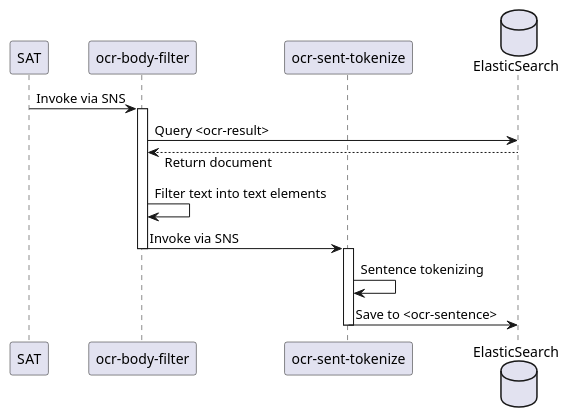
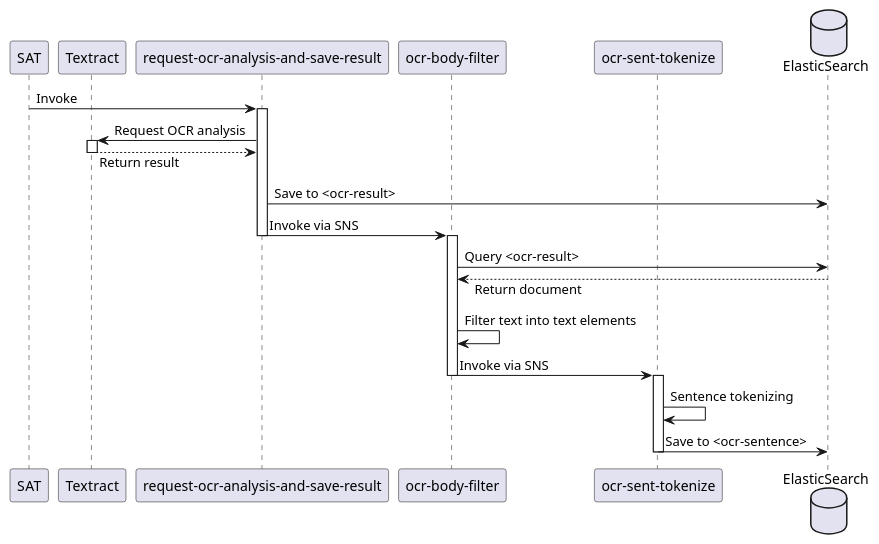
Before and after one commit to ipf-dev/sat-anti-luddite: the diagram in doc/ocr-process.puml, drawn with PlantUML. The commit also changed 3 other files, not shown here.

First line of the commit message:
Impl [SAT 연동] request-ocr-analysis-and-save-result 함수 수정

```diff
--- a/doc/ocr-process.puml
+++ b/doc/ocr-process.puml
@@ -1,23 +1,35 @@
 @startuml
 skinparam responseMessageBelowArrow true
 
 participant SAT
+participant Textract
+participant "request-ocr-analysis-and-save-result"
 participant "ocr-body-filter"
 participant "ocr-sent-tokenize"
 database ElasticSearch
 
-SAT -> "ocr-body-filter": Invoke via SNS
+SAT -> "request-ocr-analysis-and-save-result": Invoke
+activate "request-ocr-analysis-and-save-result"
+
+"request-ocr-analysis-and-save-result" -> Textract: Request OCR analysis
+activate Textract
+"request-ocr-analysis-and-save-result" <-- Textract: Return result
+deactivate Textract
+
+"request-ocr-analysis-and-save-result" -> ElasticSearch: Save to <ocr-result>
+"request-ocr-analysis-and-save-result" -> "ocr-body-filter": Invoke via SNS
+deactivate "request-ocr-analysis-and-save-result"
 activate "ocr-body-filter"
 
 "ocr-body-filter" -> ElasticSearch: Query <ocr-result>
 "ocr-body-filter" <-- ElasticSearch: Return document
 
 "ocr-body-filter" -> "ocr-body-filter": Filter text into text elements
 "ocr-body-filter" -> "ocr-sent-tokenize": Invoke via SNS
 deactivate "ocr-body-filter"
 
 activate "ocr-sent-tokenize"
 "ocr-sent-tokenize" -> "ocr-sent-tokenize": Sentence tokenizing
 "ocr-sent-tokenize" -> ElasticSearch: Save to <ocr-sentence>
 deactivate "ocr-sent-tokenize"
 @enduml
```
